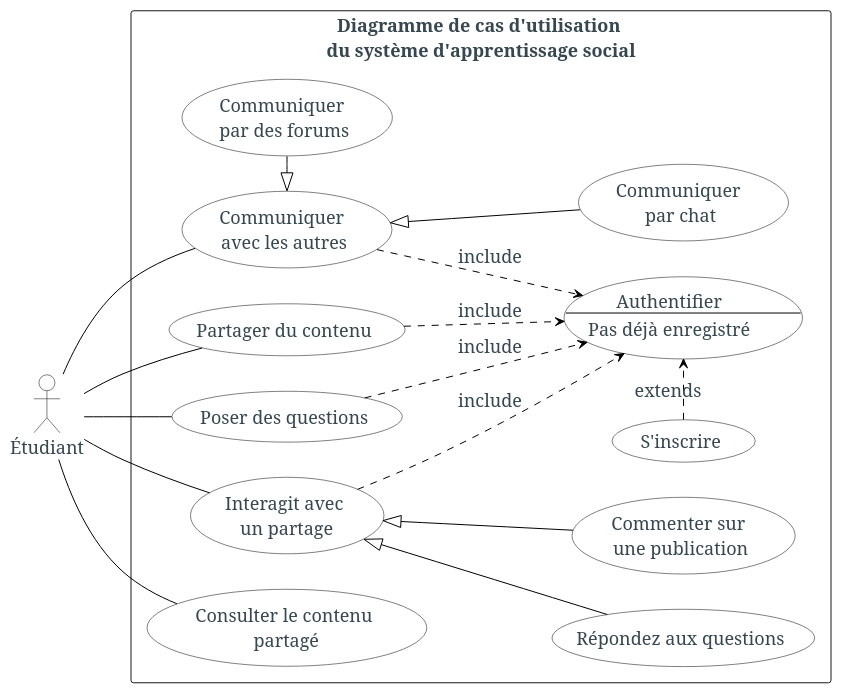
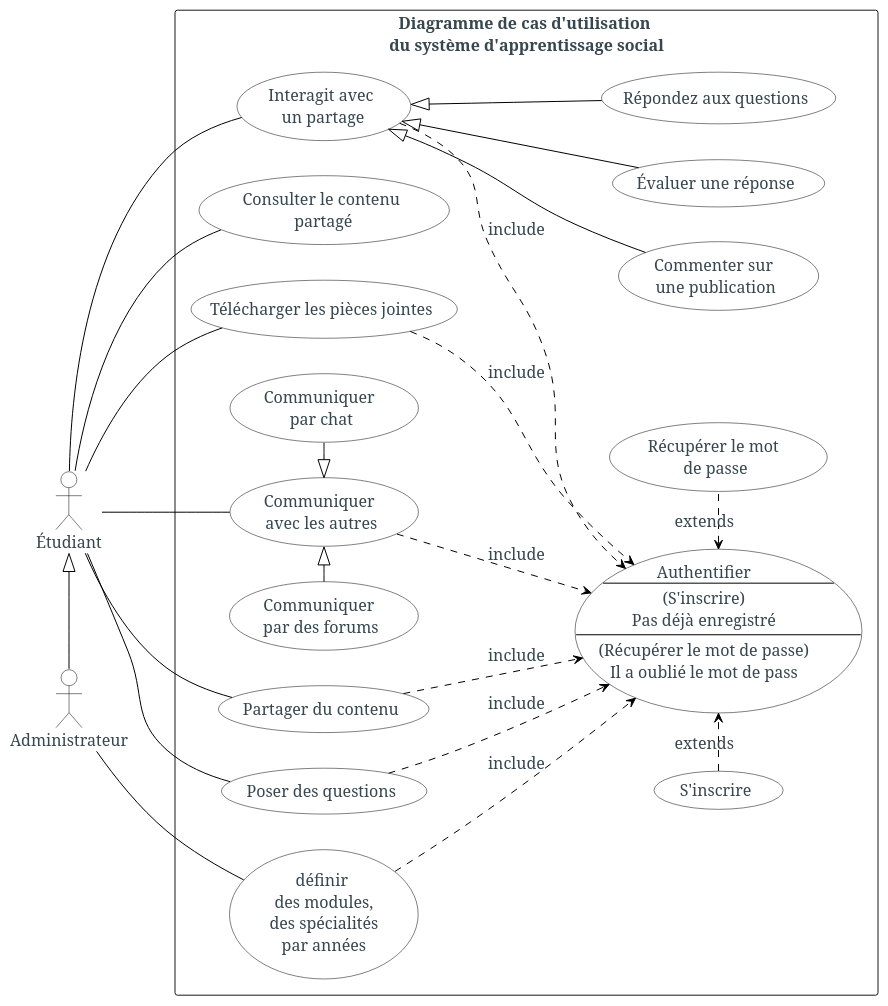
Before and after one commit to assimhabeek/memoire: the diagram in diagrammes/src/usecase.puml, drawn with PlantUML. The commit also changed 7 other files, not shown here.

```diff
--- a/diagrammes/src/usecase.puml
+++ b/diagrammes/src/usecase.puml
@@ -1,53 +1,72 @@
 @startuml
 left to right direction
 skinparam backgroundColor #fff
 skinparam defaultFontColor #37474f
-skinparam defaultFontSize 18
+skinparam defaultFontSize 16
 skinparam defaultFontName serif
-skinparam defaultFontStyle normal
+skinparam defaultFontStyle bold
 skinparam usecaseBackgroundColor #fff
 skinparam usecaseBorderColor #000
 skinparam usecaseArrowColor #000
 skinparam usecaseActorBorderColor black
 skinparam actorBackgroundColor #fff
 skinparam actorBorderColor #000
 
 
 
+actor Administrateur as admin
 actor Étudiant as student
+
 rectangle "Diagramme de cas d'utilisation \ndu système d'apprentissage social"{
 
 usecase shareContent as "Partager du contenu"
 usecase login as "Authentifier
                  --
-                 Pas déjà enregistré"
+                 (S'inscrire)
+                 Pas déjà enregistré
+                 --
+                 (Récupérer le mot de passe)
+                 Il a oublié le mot de pass"
 usecase  register as "S'inscrire"
+usecase  recover  as "Récupérer le mot \nde passe"
 
 usecase  askQuestion as "Poser des questions"
 usecase  answerQuestion as "Répondez aux questions"
 usecase  comment as "Commenter sur \nune publication"
+usecase  evaluate as "Évaluer une réponse"
 usecase  communicate  as "Communiquer \navec les autres"
 usecase  chat as "Communiquer \npar chat"
 usecase  forums as "Communiquer \npar des forums"
 usecase  interact as "Interagit avec\n un partage"
+usecase  downloadContent as "Télécharger les pièces jointes"
 usecase  consultContent as "Consulter le contenu\n partagé"
+usecase defineMSY as "définir \ndes modules,\n des spécialités \npar années"
 
+student <|- admin
+
+login   <. recover   : extends
 register  .> login  : extends
+
 shareContent ..> login : include
 askQuestion ..> login : include
 interact ..> login : include
 communicate ..> login : include
+downloadContent ..> login : include
+defineMSY ..> login : include
 
-communicate <|-- chat
-communicate <|- forums
+communicate <|- chat
+forums -|> communicate
 interact <|-- answerQuestion
 interact <|-- comment
+interact <|-- evaluate
 
+admin -- defineMSY
 student -- consultContent
 student -- shareContent
 student -- askQuestion
 student -- interact
 student -- communicate
+student -- downloadContent
 
 }
 @enduml
```
